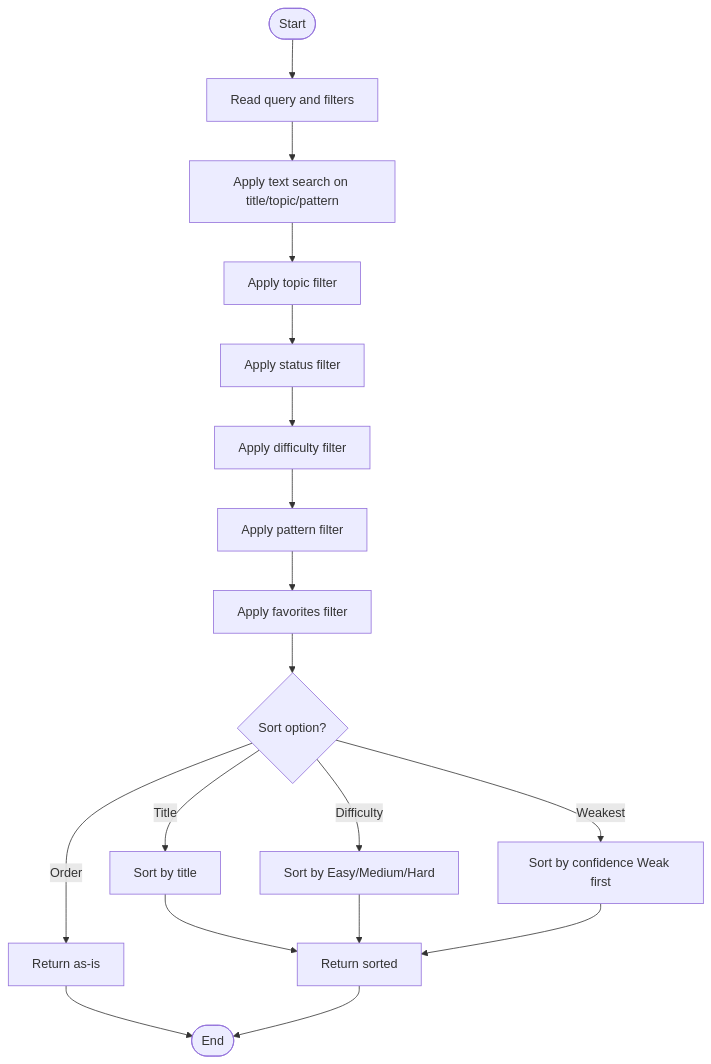
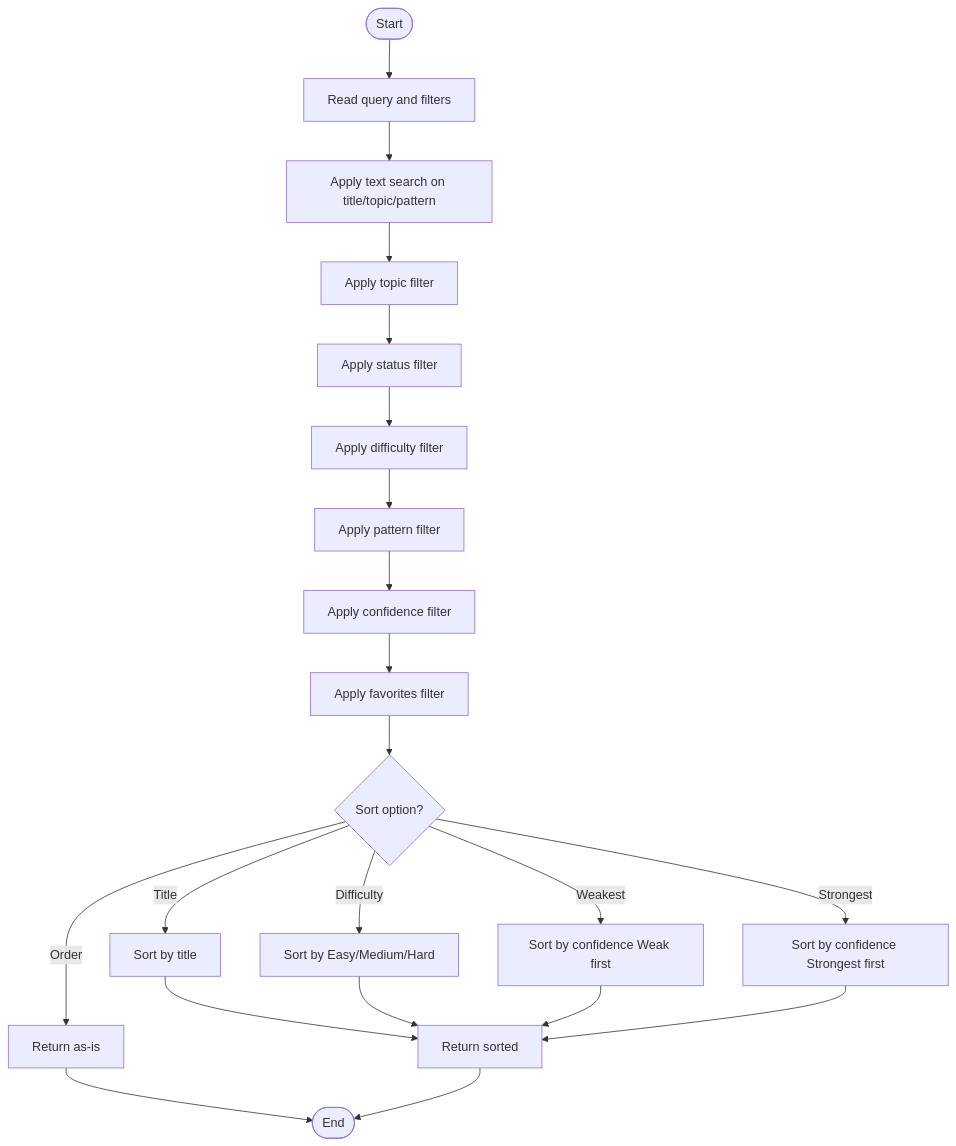
One commit to iamrituraj/DSA-Tracker changed the fourth of 9 diagrams in .qoder/repowiki/en/content/Frontend Application/Roadmap Component.md. Above: the diagram before and after it, drawn with Mermaid. The commit also changed other lines of this file and 34 other files, not shown here.

````diff
--- a/.qoder/repowiki/en/content/Frontend Application/Roadmap Component.md
+++ b/.qoder/repowiki/en/content/Frontend Application/Roadmap Component.md
@@ -139,20 +149,23 @@
 ```mermaid
 flowchart TD
 S(["Start"]) --> Q["Read query and filters"]
 Q --> F1["Apply text search on title/topic/pattern"]
 F1 --> F2["Apply topic filter"]
 F2 --> F3["Apply status filter"]
 F3 --> F4["Apply difficulty filter"]
 F4 --> F5["Apply pattern filter"]
-F5 --> F6["Apply favorites filter"]
-F6 --> Sort{"Sort option?"}
+F5 --> F6["Apply confidence filter"]
+F6 --> F7["Apply favorites filter"]
+F7 --> Sort{"Sort option?"}
 Sort --> |Order| Ret1["Return as-is"]
 Sort --> |Title| SortTitle["Sort by title"]
 Sort --> |Difficulty| SortDiff["Sort by Easy/Medium/Hard"]
 Sort --> |Weakest| SortWeak["Sort by confidence Weak first"]
+Sort --> |Strongest| SortStrong["Sort by confidence Strongest first"]
 SortTitle --> Ret2["Return sorted"]
 SortDiff --> Ret2
 SortWeak --> Ret2
+SortStrong --> Ret2
 Ret1 --> End(["End"])
 Ret2 --> End
 ```
````
